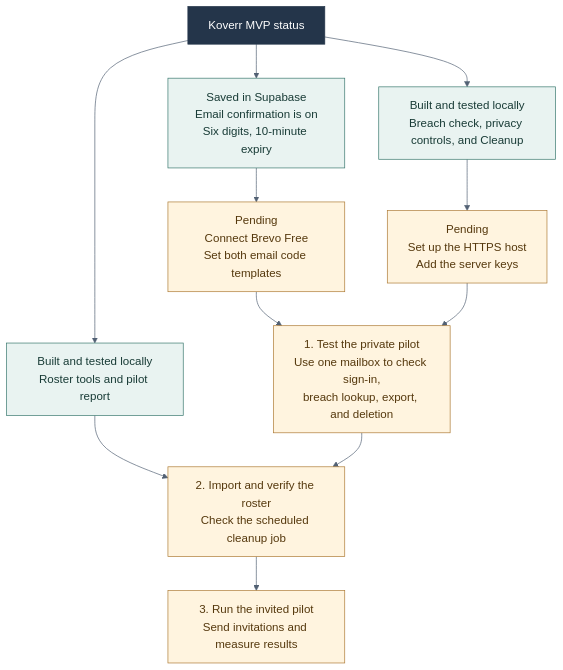
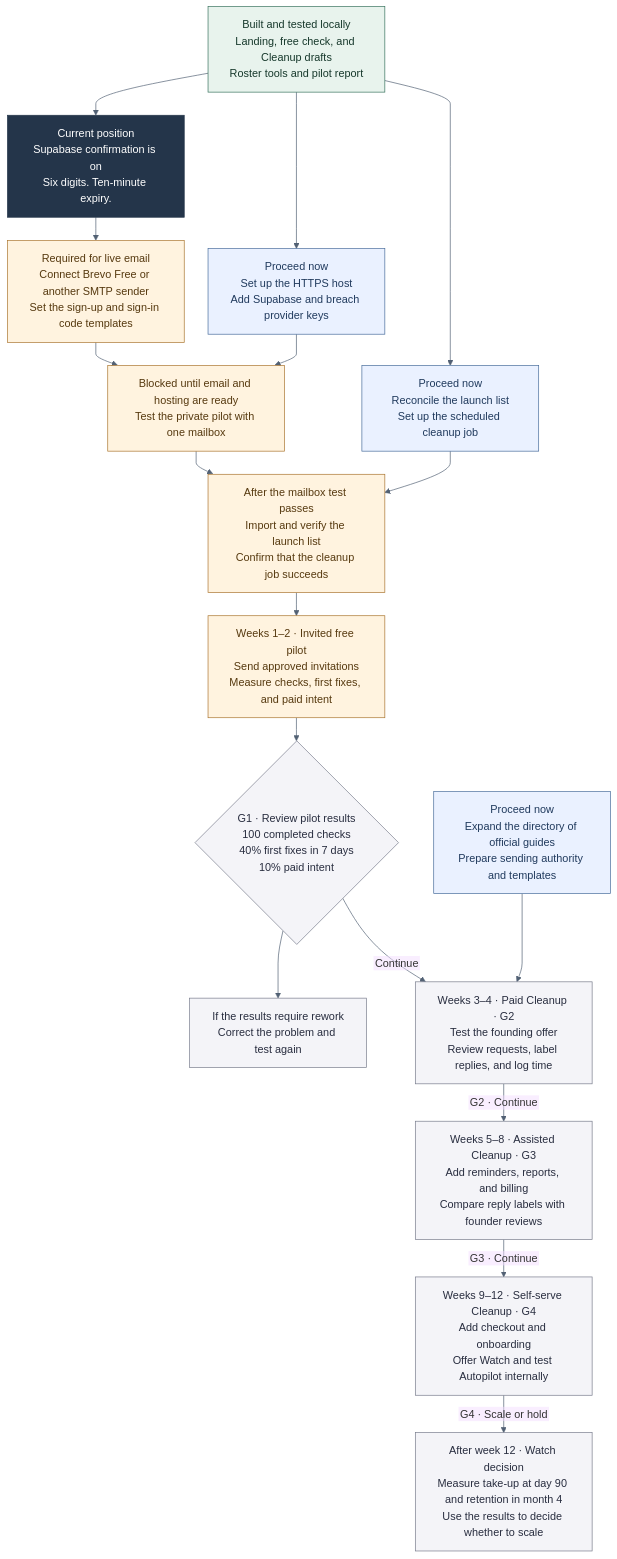
Before and after one commit to AdrianKondrat/privacy_agent: the diagram in MVP/diagrams/mvp-development.mmd, drawn with Mermaid. The commit also changed 4 other files, not shown here.

Commit message:
Show the full Koverr roadmap and pilot dependencies

```diff
--- a/MVP/diagrams/mvp-development.mmd
+++ b/MVP/diagrams/mvp-development.mmd
@@ -1,19 +1,44 @@
-%%{init: {"theme": "base", "flowchart": {"htmlLabels": false}, "themeVariables": {"fontFamily": "Arial", "fontSize": "17px", "lineColor": "#526174"}}}%%
+%%{init: {"theme": "base", "flowchart": {"htmlLabels": false, "nodeSpacing": 35, "rankSpacing": 34, "curve": "monotoneY"}, "themeVariables": {"fontFamily": "Arial", "fontSize": "16px", "lineColor": "#526174"}}}%%
 graph TD
-  Built["Koverr MVP status"]
-  Built --> A["Built and tested locally<br/>Breach check, privacy controls, and Cleanup"]
-  Built --> B["Built and tested locally<br/>Roster tools and pilot report"]
-  Built --> C["Saved in Supabase<br/>Email confirmation is on<br/>Six digits, 10-minute expiry"]
-  C --> D["Pending<br/>Connect Brevo Free<br/>Set both email code templates"]
-  A --> H["Pending<br/>Set up the HTTPS host<br/>Add the server keys"]
-  D --> E["1. Test the private pilot<br/>Use one mailbox to check sign-in,<br/>breach lookup, export, and deletion"]
-  H --> E
-  B --> F["2. Import and verify the roster<br/>Check the scheduled cleanup job"]
-  E --> F
-  F --> G["3. Run the invited pilot<br/>Send invitations and measure results"]
-  classDef headings fill:#24354a,stroke:#24354a,color:#fff;
-  classDef built fill:#e9f3f1,stroke:#36766b,color:#183b36;
-  classDef next fill:#fff4df,stroke:#ac7933,color:#55380d;
-  class Built headings;
-  class A,B,C built;
-  class D,H,E,F,G next;
+  Ready["Built and tested locally<br/>Landing, free check, and Cleanup drafts<br/>Roster tools and pilot report"]
+  Auth["Current position<br/>Supabase confirmation is on<br/>Six digits. Ten-minute expiry."]
+  Email["Required for live email<br/>Connect Brevo Free or another SMTP sender<br/>Set the sign-up and sign-in code templates"]
+  Host["Proceed now<br/>Set up the HTTPS host<br/>Add Supabase and breach provider keys"]
+  RosterPrep["Proceed now<br/>Reconcile the launch list<br/>Set up the scheduled cleanup job"]
+  Live["Blocked until email and hosting are ready<br/>Test the private pilot with one mailbox"]
+  Import["After the mailbox test passes<br/>Import and verify the launch list<br/>Confirm that the cleanup job succeeds"]
+  Pilot["Weeks 1–2 · Invited free pilot<br/>Send approved invitations<br/>Measure checks, first fixes, and paid intent"]
+  G1{"G1 · Review pilot results<br/>100 completed checks<br/>40% first fixes in 7 days<br/>10% paid intent"}
+  Rework["If the results require rework<br/>Correct the problem and test again"]
+  Prep["Proceed now<br/>Expand the directory of official guides<br/>Prepare sending authority and templates"]
+  Paid["Weeks 3–4 · Paid Cleanup · G2<br/>Test the founding offer<br/>Review requests, label replies, and log time"]
+  Assisted["Weeks 5–8 · Assisted Cleanup · G3<br/>Add reminders, reports, and billing<br/>Compare reply labels with founder reviews"]
+  SelfServe["Weeks 9–12 · Self-serve Cleanup · G4<br/>Add checkout and onboarding<br/>Offer Watch and test Autopilot internally"]
+  Watch["After week 12 · Watch decision<br/>Measure take-up at day 90 and retention in month 4<br/>Use the results to decide whether to scale"]
+
+  Ready --> Auth
+  Ready --> Host
+  Ready --> RosterPrep
+  Auth --> Email
+  Email --> Live
+  Host --> Live
+  Live --> Import
+  RosterPrep --> Import
+  Import --> Pilot --> G1
+  G1 --> Rework
+  G1 -->|Continue| Paid
+  Prep --> Paid
+  Paid -->|G2 · Continue| Assisted
+  Assisted -->|G3 · Continue| SelfServe
+  SelfServe -->|G4 · Scale or hold| Watch
+
+  classDef ready fill:#e8f3ed,stroke:#36715c,color:#16382b;
+  classDef current fill:#24354a,stroke:#24354a,color:#fff;
+  classDef independent fill:#eaf1ff,stroke:#476b9a,color:#203a5d;
+  classDef waiting fill:#fff3df,stroke:#a9742e,color:#56390f;
+  classDef planned fill:#f4f4f8,stroke:#777b8b,color:#282d3f;
+  class Ready ready;
+  class Auth current;
+  class Host,RosterPrep,Prep independent;
+  class Email,Live,Import,Pilot waiting;
+  class G1,Rework,Paid,Assisted,SelfServe,Watch planned;
```
